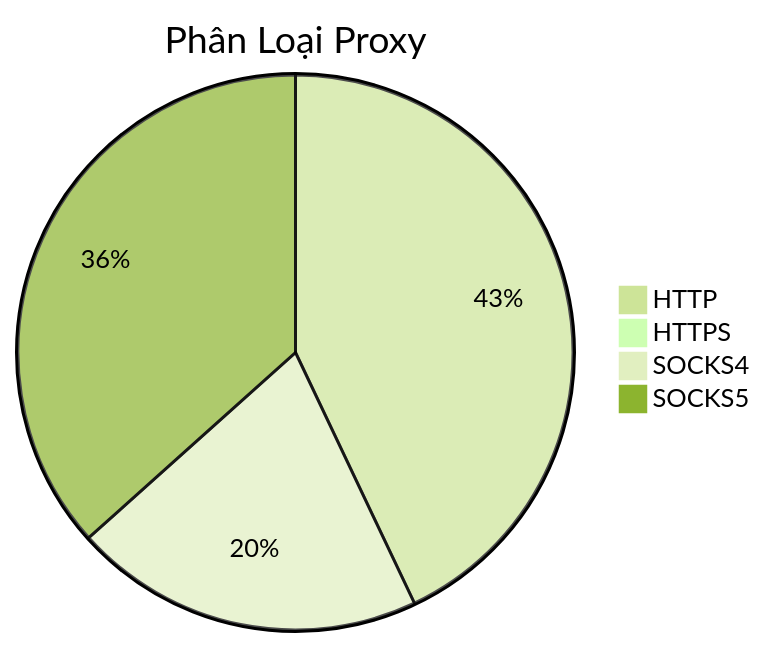
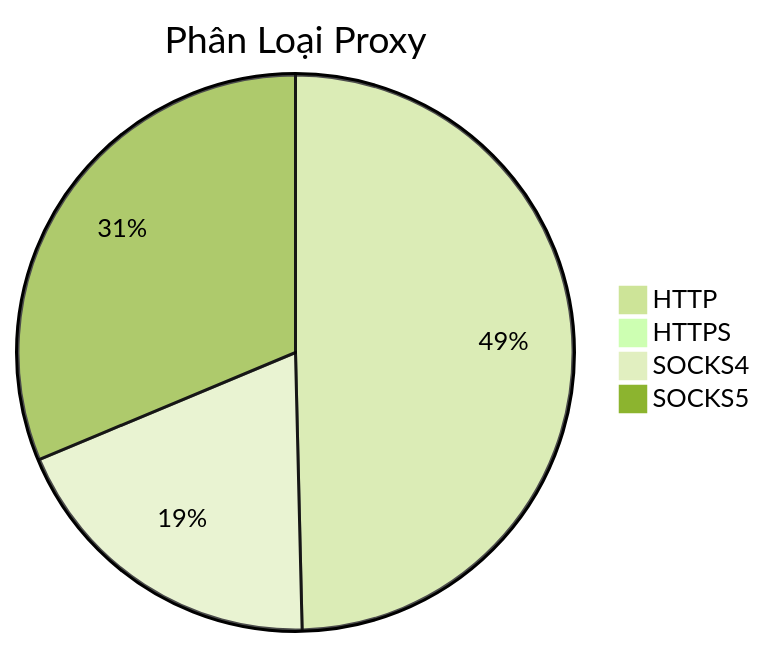
The diagram in README.md (Ciara-12/PROXY-free), drawn with Mermaid (forest theme) before and after one commit. The commit also changed other lines of this file and 4 other files, not shown here.

````diff
--- a/README.md
+++ b/README.md
@@ -26,7 +26,7 @@
 ```mermaid
 pie title Phân Loại Proxy
-    "HTTP" : 326
+    "HTTP" : 520
     "HTTPS" : 3
-    "SOCKS4" : 155
-    "SOCKS5" : 278
+    "SOCKS4" : 200
+    "SOCKS5" : 328
 ```
````
